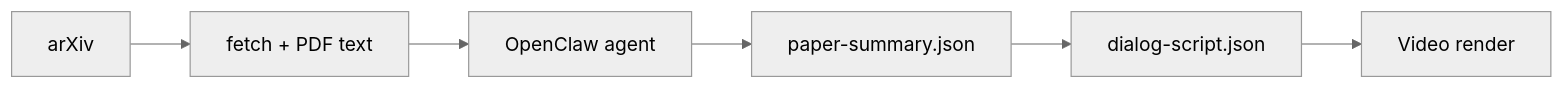
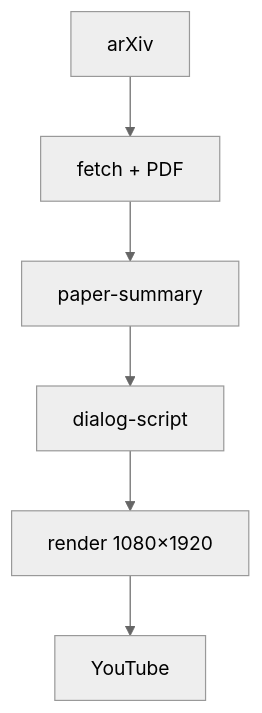
Before and after one commit to VitoSolin/paper2vid-hackathon: the diagram in README.md, drawn with Mermaid (neutral theme). The commit also changed other lines of this file and 14 other files, not shown here.

````diff
--- a/README.md
+++ b/README.md
@@ -7,8 +7,8 @@
 ```mermaid
-flowchart LR
-  A[arXiv] --> B[fetch + PDF text]
-  B --> C[OpenClaw agent]
-  C --> D[paper-summary.json]
-  D --> E[dialog-script.json]
-  E --> F[Video render]
+flowchart TB
+  A[arXiv] --> B[fetch + PDF]
+  B --> C[paper-summary]
+  C --> D[dialog-script]
+  D --> E[render 1080×1920]
+  E --> F[YouTube]
 ```
````
